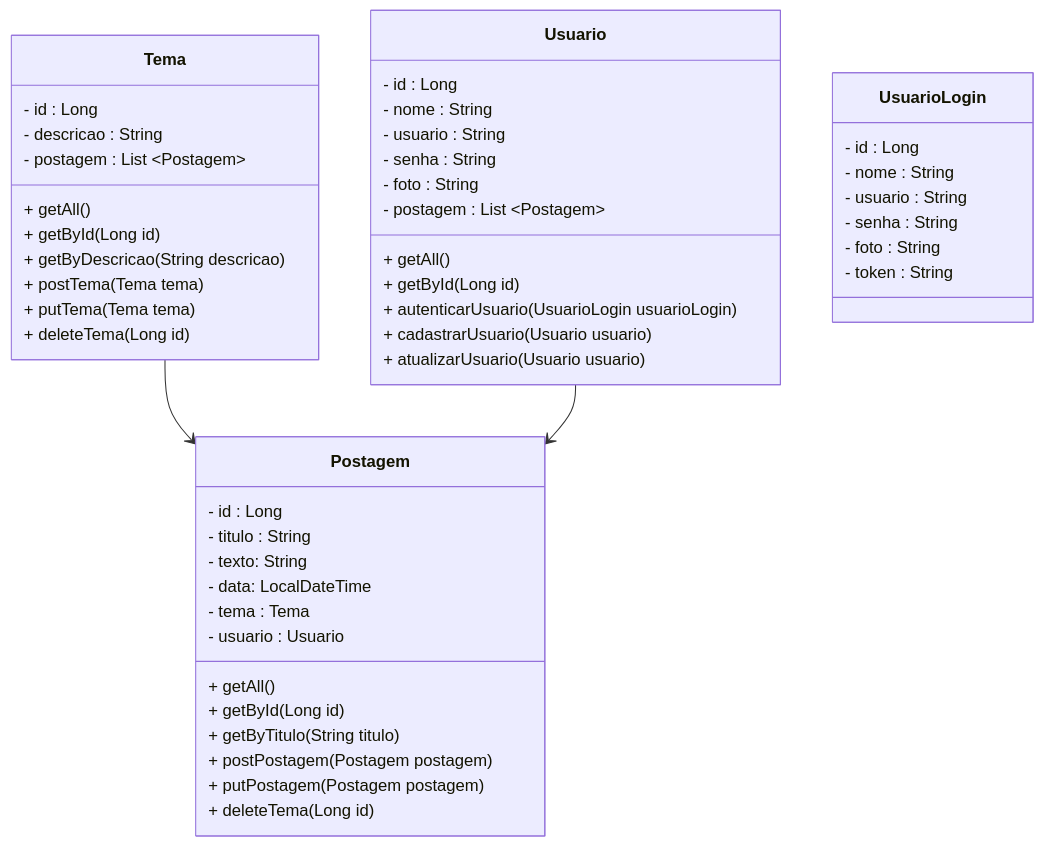
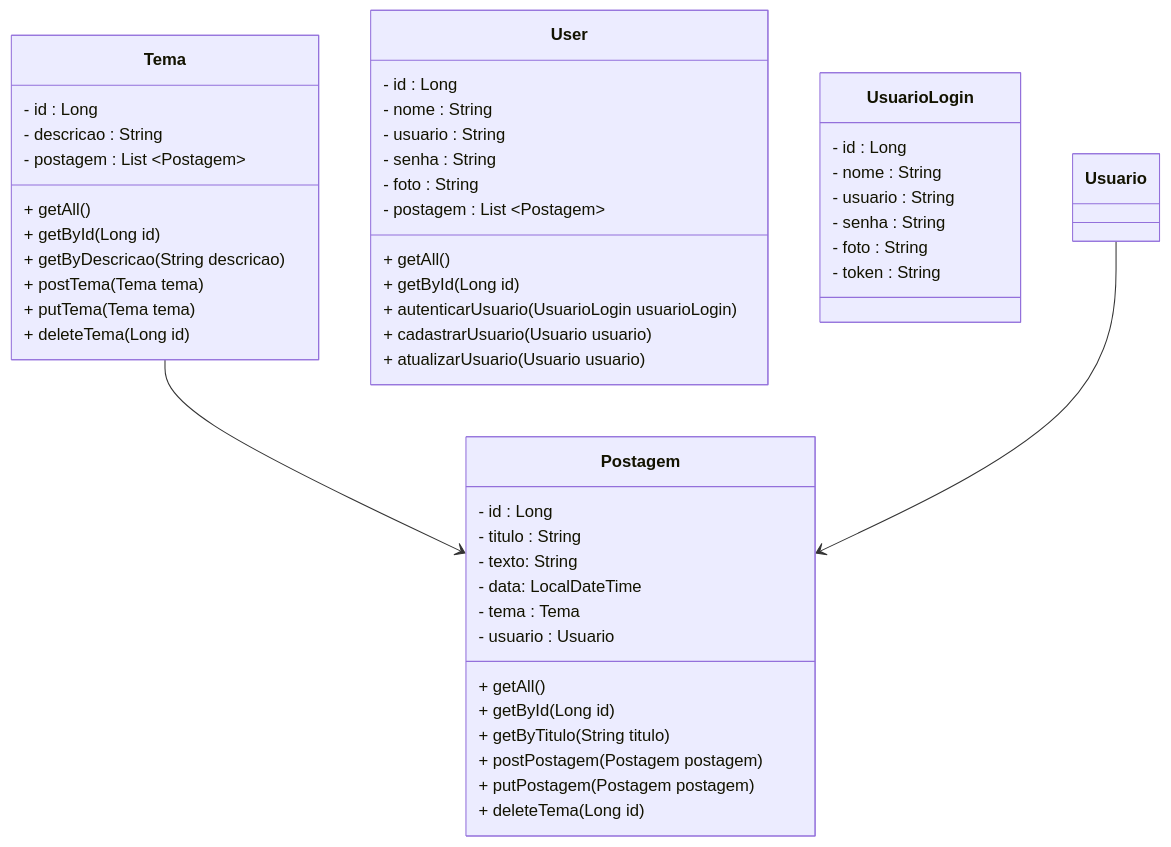
The diagram in README.md (rafaelq80/blogpessoal_aspnet_ef7), drawn with Mermaid before and after one commit. The commit also changed other lines of this file, not shown here.

````diff
--- a/README.md
+++ b/README.md
@@ -13,51 +15,51 @@
 ```mermaid
 classDiagram
 class Tema {
   - id : Long
   - descricao : String
   - postagem : List ~Postagem~
   + getAll()
   + getById(Long id)
   + getByDescricao(String descricao)
   + postTema(Tema tema)
   + putTema(Tema tema)
   + deleteTema(Long id)
 }
 class Postagem {
   - id : Long
   - titulo : String
   - texto: String
   - data: LocalDateTime
   - tema : Tema
   - usuario : Usuario
   + getAll()
   + getById(Long id)
   + getByTitulo(String titulo)
   + postPostagem(Postagem postagem)
   + putPostagem(Postagem postagem)
   + deleteTema(Long id)
 }
-class Usuario {
+class User {
   - id : Long
   - nome : String
   - usuario : String
   - senha : String
   - foto : String
   - postagem : List ~Postagem~
   + getAll()
   + getById(Long id)
   + autenticarUsuario(UsuarioLogin usuarioLogin)
   + cadastrarUsuario(Usuario usuario)
   + atualizarUsuario(Usuario usuario)
 }
 class UsuarioLogin{
   - id : Long
   - nome : String
   - usuario : String
   - senha : String
   - foto : String
   - token : String
 }
 Tema --> Postagem
 Usuario --> Postagem
 ```
````
